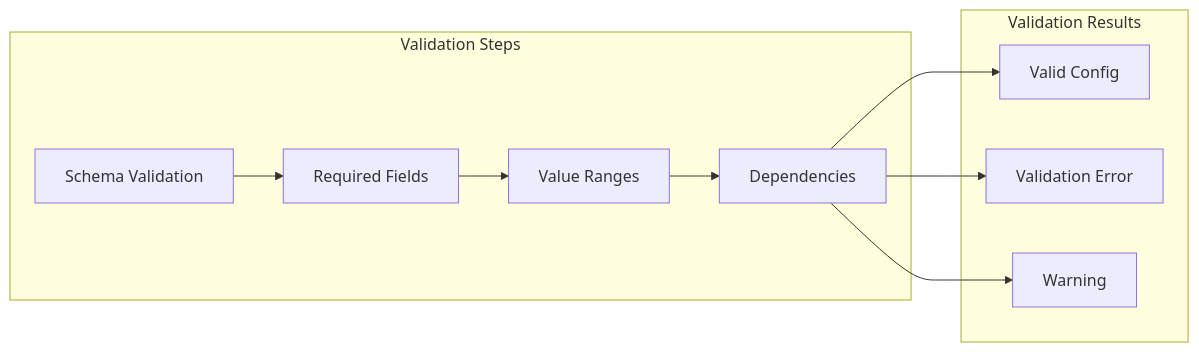
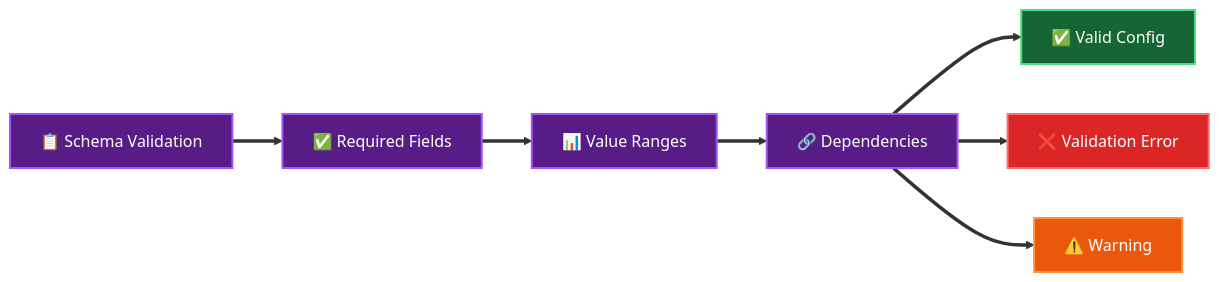
One commit to usathyan/paper-qa-ui changed the fourth of 18 diagrams in docs/DEVELOPER.md. Above: the diagram before and after it, drawn with Mermaid. The commit also changed other lines of this file, not shown here.

First line of the commit message:
Enhance first batch of mermaid diagrams with professional styling

````diff
--- a/docs/DEVELOPER.md
+++ b/docs/DEVELOPER.md
@@ -279,22 +293,33 @@
 ```mermaid
-graph LR
-    subgraph "Validation Steps"
-        V1[Schema Validation]
-        V2[Required Fields]
-        V3[Value Ranges]
-        V4[Dependencies]
-    end
+flowchart LR
+    %% Validation Pipeline
+    V1[📋 Schema Validation]
+    V2[✅ Required Fields]
+    V3[📊 Value Ranges]
+    V4[🔗 Dependencies]
     
-    subgraph "Validation Results"
-        SUCCESS[Valid Config]
-        ERROR[Validation Error]
-        WARNING[Warning]
-    end
+    %% Results
+    SUCCESS[✅ Valid Config]
+    ERROR[❌ Validation Error]
+    WARNING[⚠️ Warning]
     
-    V1 --> V2
-    V2 --> V3
-    V3 --> V4
-    V4 --> SUCCESS
-    V4 --> ERROR
-    V4 --> WARNING
+    %% Flow
+    V1 ==> V2
+    V2 ==> V3
+    V3 ==> V4
+    
+    V4 ==> SUCCESS
+    V4 ==> ERROR
+    V4 ==> WARNING
+    
+    %% Styling
+    classDef validationStyle fill:#581c87,stroke:#a855f7,stroke-width:2px,color:#ffffff
+    classDef successStyle fill:#166534,stroke:#4ade80,stroke-width:2px,color:#ffffff
+    classDef errorStyle fill:#dc2626,stroke:#f87171,stroke-width:2px,color:#ffffff
+    classDef warningStyle fill:#ea580c,stroke:#fb923c,stroke-width:2px,color:#ffffff
+    
+    class V1,V2,V3,V4 validationStyle
+    class SUCCESS successStyle
+    class ERROR errorStyle
+    class WARNING warningStyle
 ```
````
